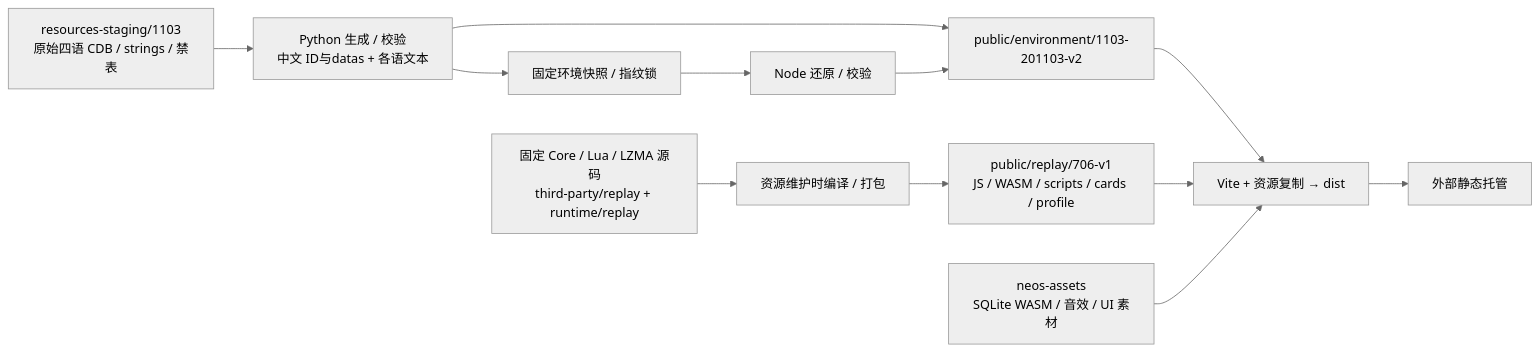
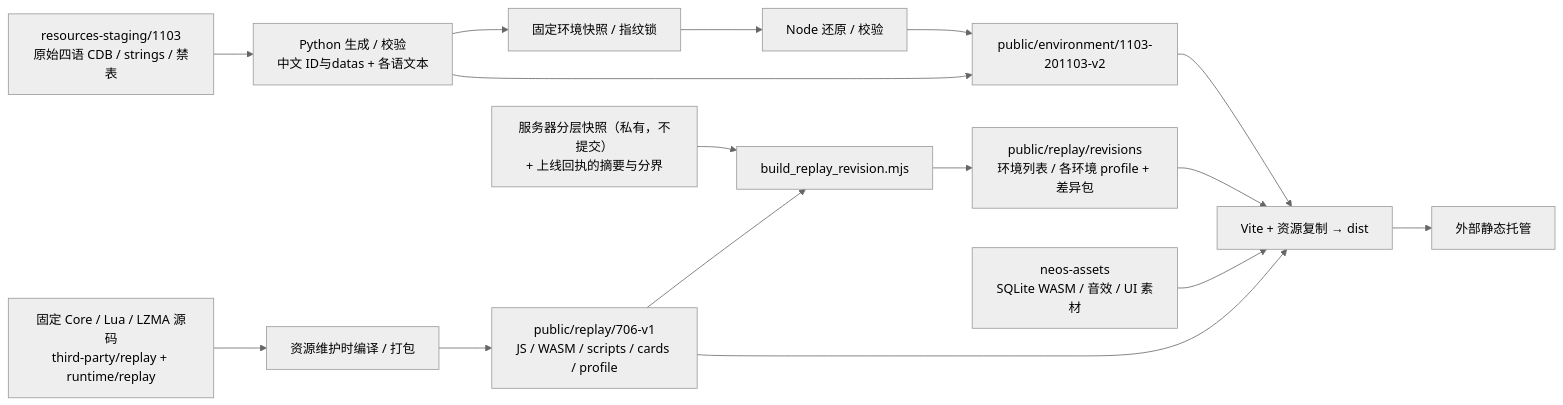
One commit to 301zrg/srvprotiantiweb changed the sixth of 6 diagrams in docs/ARCHITECTURE.md. Above: the diagram before and after it, drawn with Mermaid (neutral theme). The commit also changed other lines of this file and 8 other files, not shown here.

````diff
--- a/docs/ARCHITECTURE.md
+++ b/docs/ARCHITECTURE.md
@@ -318,14 +318,18 @@
 ```mermaid
 flowchart LR
   Raw["resources-staging/1103<br/>原始四语 CDB / strings / 禁表"] --> Generate["Python 生成 / 校验<br/>中文 ID与datas + 各语文本"]
   Generate --> Snapshot["固定环境快照 / 指纹锁"]
   Snapshot --> Restore["Node 还原 / 校验"]
   Generate --> Env["public/environment/1103-201103-v2"]
   Restore --> Env
   Native["固定 Core / Lua / LZMA 源码<br/>third-party/replay + runtime/replay"] --> Compile["资源维护时编译 / 打包"]
   Compile --> Replay["public/replay/706-v1<br/>JS / WASM / scripts / cards / profile"]
+  ServerSnap["服务器分层快照（私有，不提交）<br/>+ 上线回执的摘要与分界"] --> Revision["build_replay_revision.mjs"]
+  Replay --> Revision
+  Revision --> Revisions["public/replay/revisions<br/>环境列表 / 各环境 profile + 差异包"]
   Env --> Dist["Vite + 资源复制 → dist"]
   Replay --> Dist
+  Revisions --> Dist
   Neos["neos-assets<br/>SQLite WASM / 音效 / UI 素材"] --> Dist
   Dist --> Host["外部静态托管"]
 ```
````
